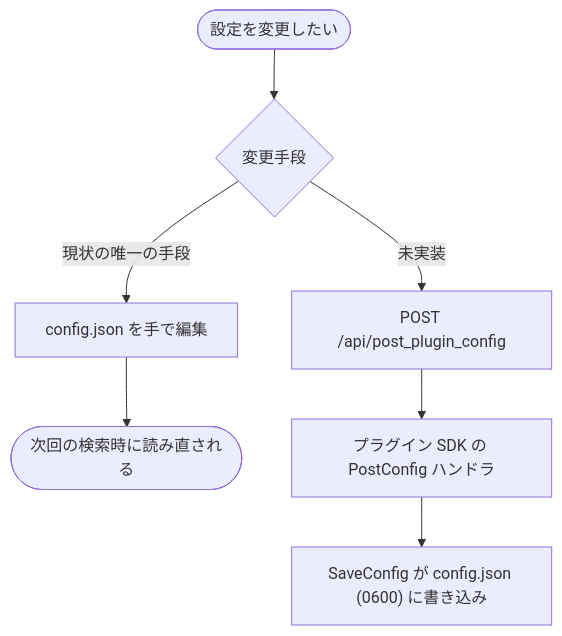
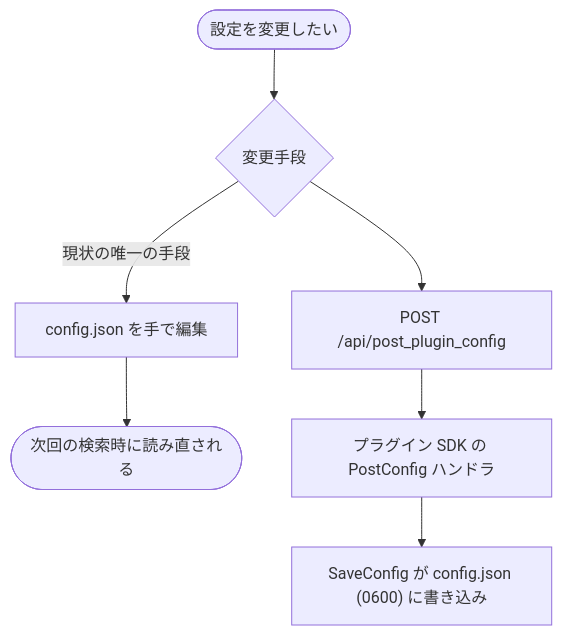
Diagram 11 of 13 in documents/reverse/activity-diagrams.md (mt3hr/gkill), drawn with Mermaid before and after one commit. The commit also changed other lines of this file and 146 other files, not shown here.

````diff
--- a/documents/reverse/activity-diagrams.md
+++ b/documents/reverse/activity-diagrams.md
@@ -344,11 +349,11 @@
 ```mermaid
 flowchart TD
     Start([設定を変更したい]) --> Which{変更手段}
 
     Which -->|現状の唯一の手段| EditFile[config.json を手で編集]
     EditFile --> Reload([次回の検索時に読み直される])
 
-    Which -->|未実装| Api[POST /api/post_plugin_config]
+    Which --> Api[POST /api/post_plugin_config]
     Api --> Sdk[プラグイン SDK の PostConfig ハンドラ]
     Sdk --> Save["SaveConfig が config.json (0600) に書き込み"]
 ```
````
